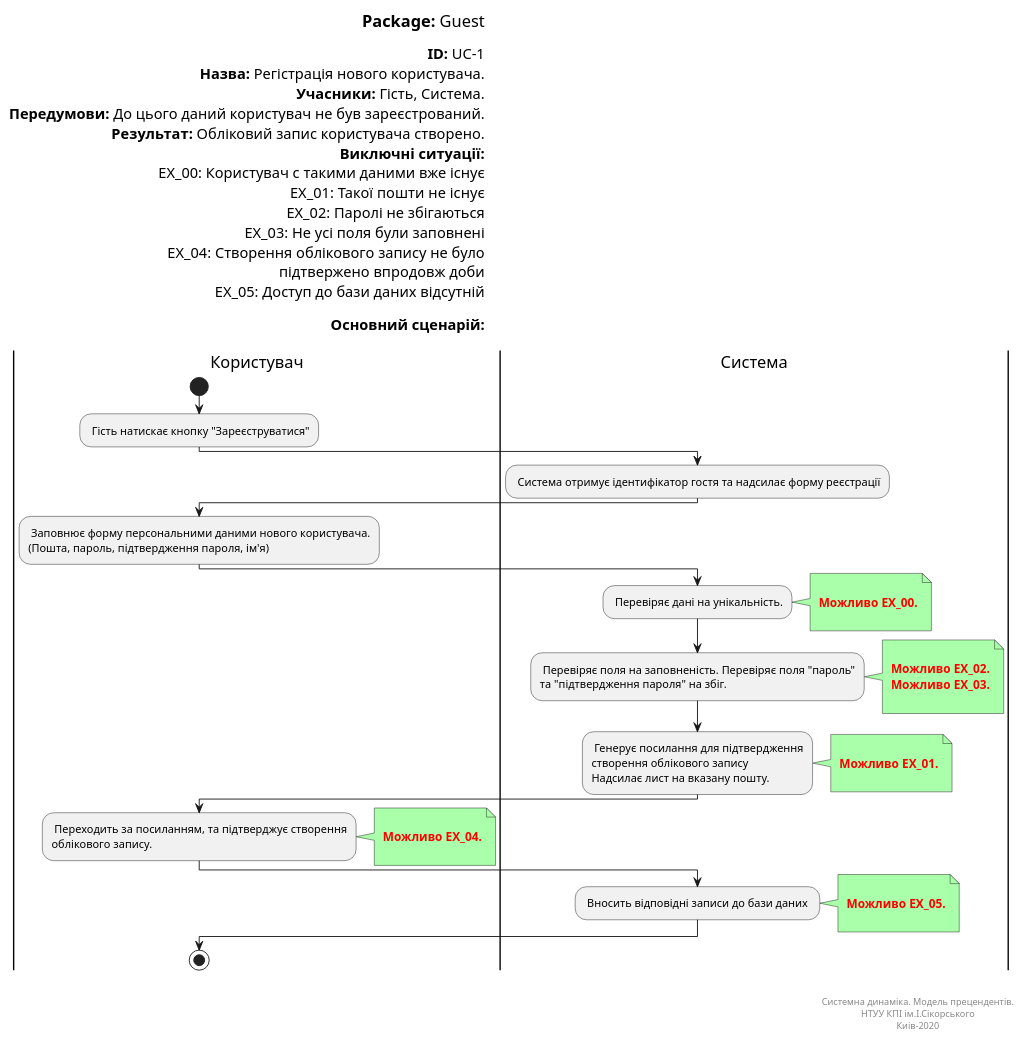
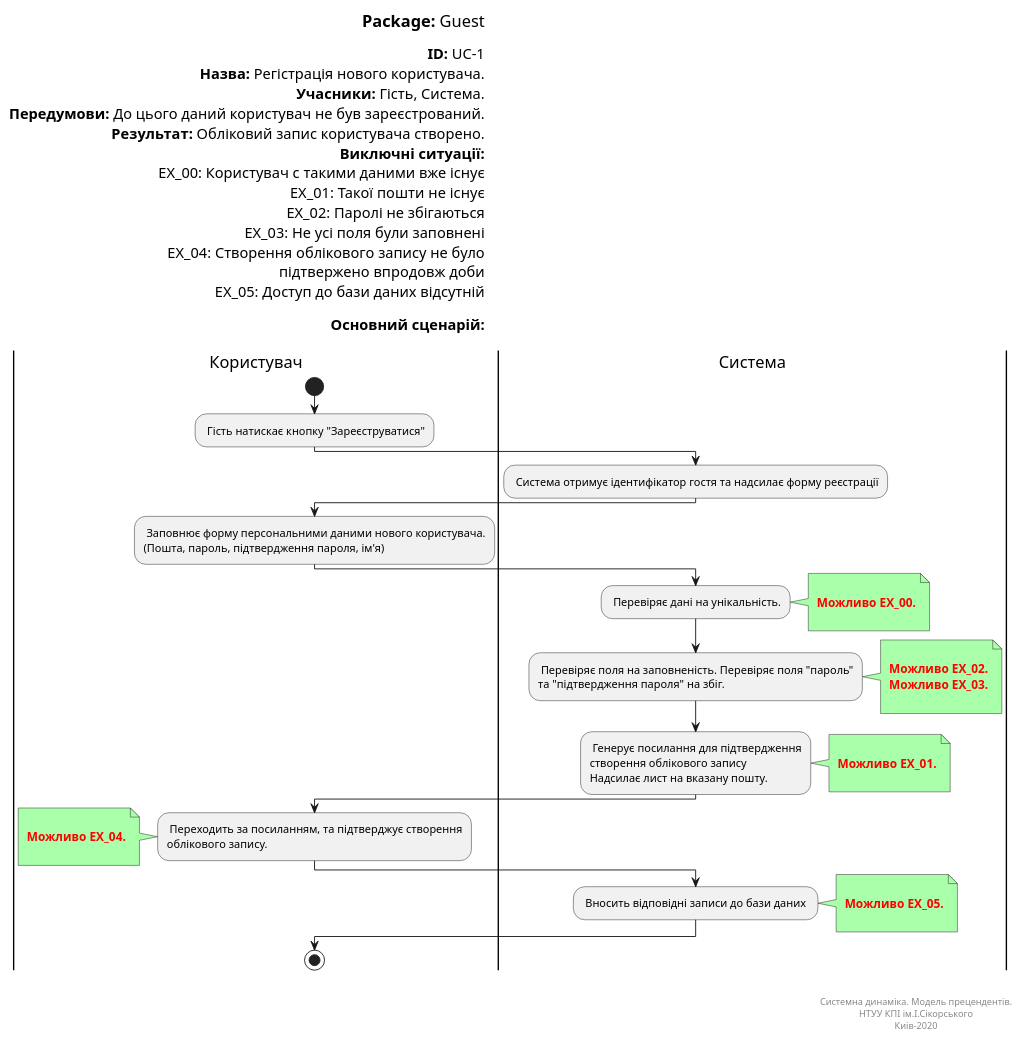
The diagram in Doc/UMLDiagrams/scenarios/guest/Diagrams/UML/UC1.pu (ip-85/System-Dynamics), drawn with PlantUML before and after one commit.

```diff
--- a/Doc/UMLDiagrams/scenarios/guest/Diagrams/UML/UC1.pu
+++ b/Doc/UMLDiagrams/scenarios/guest/Diagrams/UML/UC1.pu
@@ -1,94 +1,94 @@
 @startuml userRegistration
 
 left header
 <font color=000 size=18><b>Package:</b> Guest
 
 <font color=000 size=16><b>ID:</b> UC-1
 <font color=000 size=16><b>Назва:</b> Регістрація нового користувача.
 <font color=000 size=16><b>Учасники:</b> Гість, Система.
 <font color=000 size=16><b>Передумови:</b> До цього даний користувач не був зареєстрований.
 <font color=000 size=16><b>Результат:</b> Обліковий запис користувача створено.
 <font color=000 size=16><b>Виключні ситуації:</b>
 <font color=000 size=16> EX_00: Користувач с такими даними вже існує
 <font color=000 size=16> EX_01: Такої пошти не існує
 <font color=000 size=16> EX_02: Паролі не збігаються
 <font color=000 size=16> EX_03: Не усі поля були заповнені
 <font color=000 size=16> EX_04: Створення облікового запису не було 
 <font color=000 size=16>               підтвержено впродовж доби 
 <font color=000 size=16> EX_05: Доступ до бази даних відсутній
 
 <font color=000 size=16><b>Основний сценарій:</b>
 
 end header
 
 |Користувач|
 start
 : Гість натискає кнопку "Зареєструватися";
 |Система|
 : Система отримує ідентифікатор гостя та надсилає форму реєстрації;
 
 |Користувач|
 
 : Заповнює форму персональними даними нового користувача.
 (Пошта, пароль, підтвердження пароля, ім'я) ;
 
 |Система|
 
 : Перевіряє дані на унікальність.;
 note right #aaffaa
 
 <font color=red><b> Можливо EX_00.
 
 end note
 
 : Перевіряє поля на заповненість. Перевіряє поля "пароль" 
 та "підтвердження пароля" на збіг. ;
 
 note right #aaffaa
 
 <font color=red><b> Можливо EX_02.
 <font color=red><b> Можливо EX_03.
 
 end note
 
 : Генерує посилання для підтвердження 
 створення облікового запису
 Надсилає лист на вказану пошту.;
 note right #aaffaa
 
 <font color=red><b> Можливо EX_01.
 
 end note
 
 |Користувач|
 
 : Переходить за посиланням, та підтверджує створення
 облікового запису. ;
 
-note right #aaffaa
+note left #aaffaa
 
 <font color=red><b> Можливо EX_04.
 
 end note
 
 
 |Система|
 
 : Вносить відповідні записи до бази даних ;
 note right #aaffaa
 
 <font color=red><b> Можливо EX_05.
 
 end note
 |Користувач|
 stop;
 
 right footer
 
 
 Системна динаміка. Модель прецендентів.
 НТУУ КПІ ім.І.Сікорського
 Киів-2020
 end footer
 
 @enduml
```
